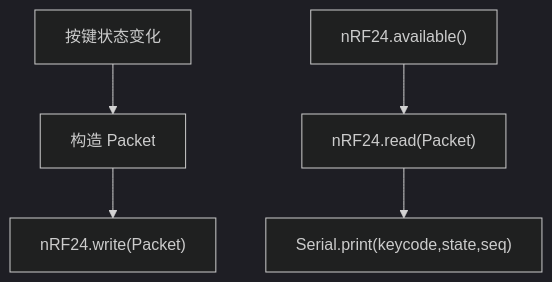
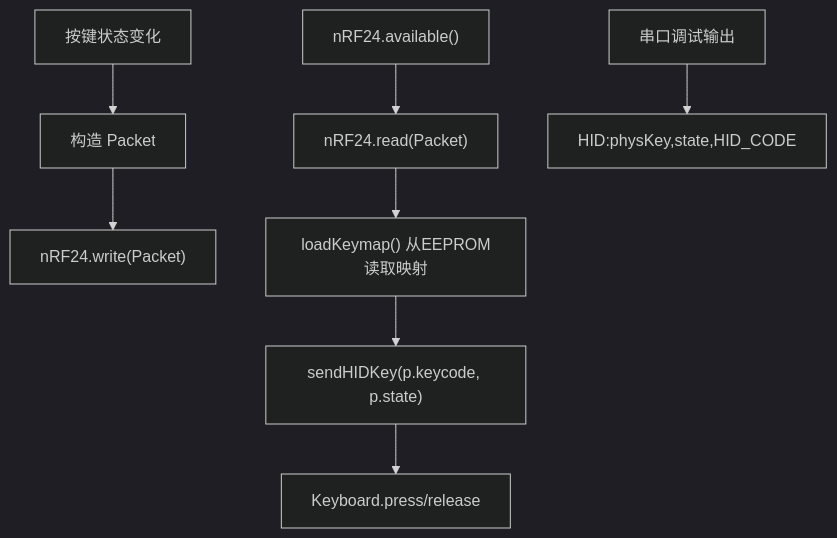
One commit to Hankun-P/wireless-keyboard-toy changed the sixth of 6 diagrams in .qoder/repowiki/zh/content/硬件系统设计/固件实现细节.md. Above: the diagram before and after it, drawn with Mermaid (dark theme). The commit also changed other lines of this file and 11 other files, not shown here.

````diff
--- a/.qoder/repowiki/zh/content/硬件系统设计/固件实现细节.md
+++ b/.qoder/repowiki/zh/content/硬件系统设计/固件实现细节.md
@@ -314,7 +462,10 @@
 ```mermaid
 flowchart TD
 A["按键状态变化"] --> B["构造 Packet"]
 B --> C["nRF24.write(Packet)"]
 D["nRF24.available()"] --> E["nRF24.read(Packet)"]
-E --> F["Serial.print(keycode,state,seq)"]
+E --> F["loadKeymap() 从EEPROM读取映射"]
+F --> G["sendHIDKey(p.keycode, p.state)"]
+G --> H["Keyboard.press/release"]
+I["串口调试输出"] --> J["HID:physKey,state,HID_CODE"]
 ```
````
